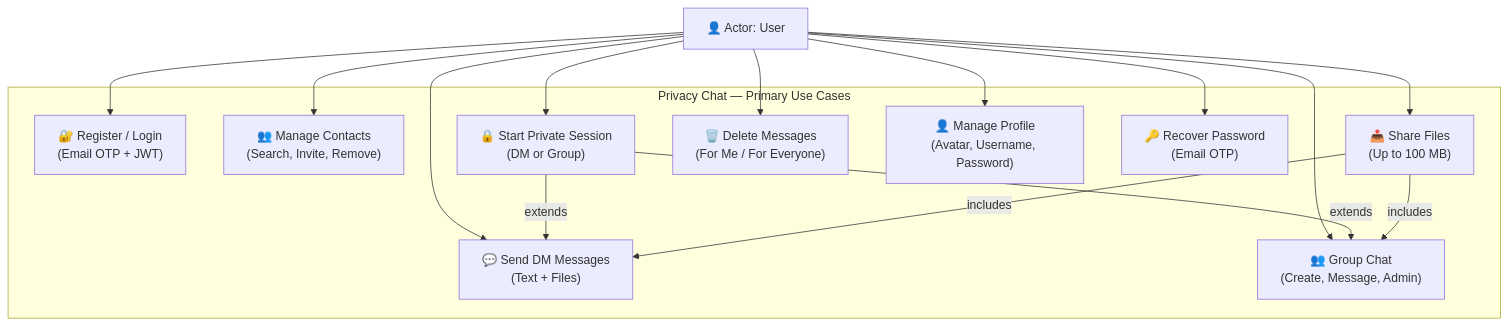
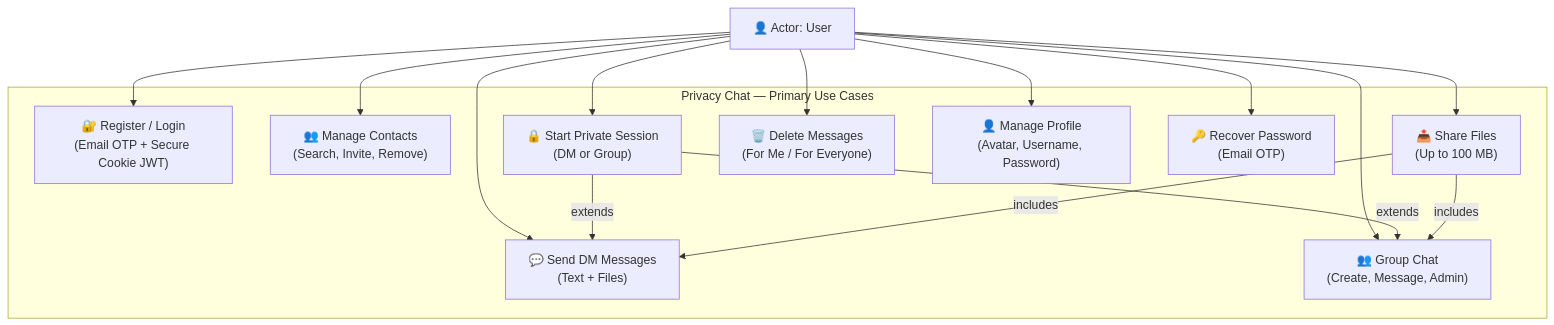
The second of 2 diagrams in report_sections/section_3_requirement_analysis.md (Aften-Himmel/privacy_chat), drawn with Mermaid before and after one commit. The commit also changed other lines of this file and 23 other files, not shown here.

````diff
--- a/report_sections/section_3_requirement_analysis.md
+++ b/report_sections/section_3_requirement_analysis.md
@@ -171,29 +171,29 @@
 ```mermaid
 flowchart TD
     subgraph "Privacy Chat — Primary Use Cases"
-        UC1["🔐 Register / Login\n(Email OTP + JWT)"]
+        UC1["🔐 Register / Login\n(Email OTP + Secure Cookie JWT)"]
         UC2["👥 Manage Contacts\n(Search, Invite, Remove)"]
         UC3["💬 Send DM Messages\n(Text + Files)"]
         UC4["👥 Group Chat\n(Create, Message, Admin)"]
         UC5["🔒 Start Private Session\n(DM or Group)"]
         UC6["📤 Share Files\n(Up to 100 MB)"]
         UC7["🗑️ Delete Messages\n(For Me / For Everyone)"]
         UC8["👤 Manage Profile\n(Avatar, Username, Password)"]
         UC9["🔑 Recover Password\n(Email OTP)"]
     end
 
     USER["👤 Actor: User"] --> UC1
     USER --> UC2
     USER --> UC3
     USER --> UC4
     USER --> UC5
     USER --> UC6
     USER --> UC7
     USER --> UC8
     USER --> UC9
 
     UC5 -->|"extends"| UC3
     UC5 -->|"extends"| UC4
     UC6 -->|"includes"| UC3
     UC6 -->|"includes"| UC4
 ```
````
